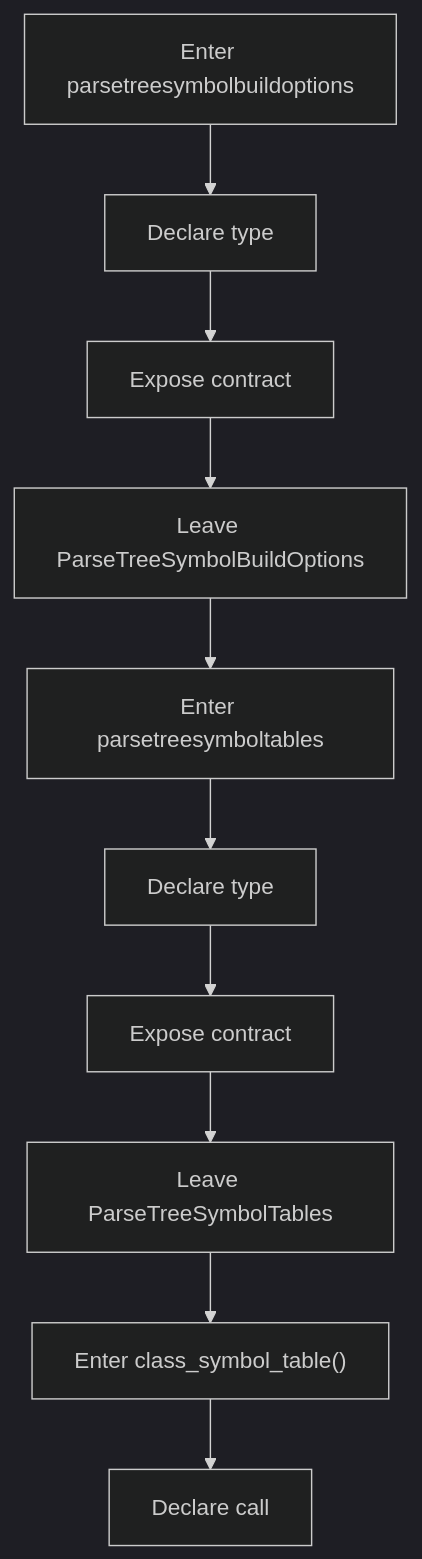
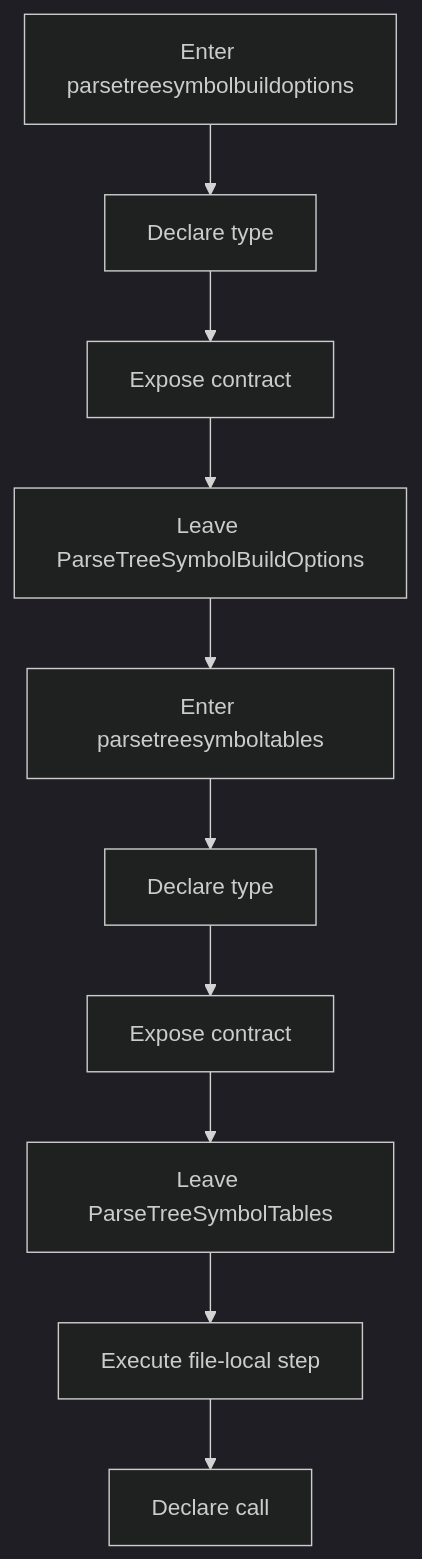
Before and after one commit to JohnAndrewBalbarosa/NeoTerritory: the second of 6 diagrams in docs/Codebase/Microservice/Modules/Header/SyntacticBrokenAST/Analysis/ImplementationUse/Binding/Symbols/Flow/parse_tree_symbols_program_flow.hpp.md, drawn with Mermaid (dark theme). The commit also changed other lines of this file and 925 other files, not shown here.

````diff
--- a/docs/Codebase/Microservice/Modules/Header/SyntacticBrokenAST/Analysis/ImplementationUse/Binding/Symbols/Flow/parse_tree_symbols_program_flow.hpp.md
+++ b/docs/Codebase/Microservice/Modules/Header/SyntacticBrokenAST/Analysis/ImplementationUse/Binding/Symbols/Flow/parse_tree_symbols_program_flow.hpp.md
@@ -41,22 +41,22 @@
 ```mermaid
 flowchart TD
     N0["Enter parsetreesymbolbuildoptions"]
     N1["Declare type"]
     N2["Expose contract"]
     N3["Leave ParseTreeSymbolBuildOptions"]
     N4["Enter parsetreesymboltables"]
     N5["Declare type"]
     N6["Expose contract"]
     N7["Leave ParseTreeSymbolTables"]
-    N8["Enter class_symbol_table()"]
+    N8["Execute file-local step"]
     N9["Declare call"]
     N0 --> N1
     N1 --> N2
     N2 --> N3
     N3 --> N4
     N4 --> N5
     N5 --> N6
     N6 --> N7
     N7 --> N8
     N8 --> N9
 ```
````
